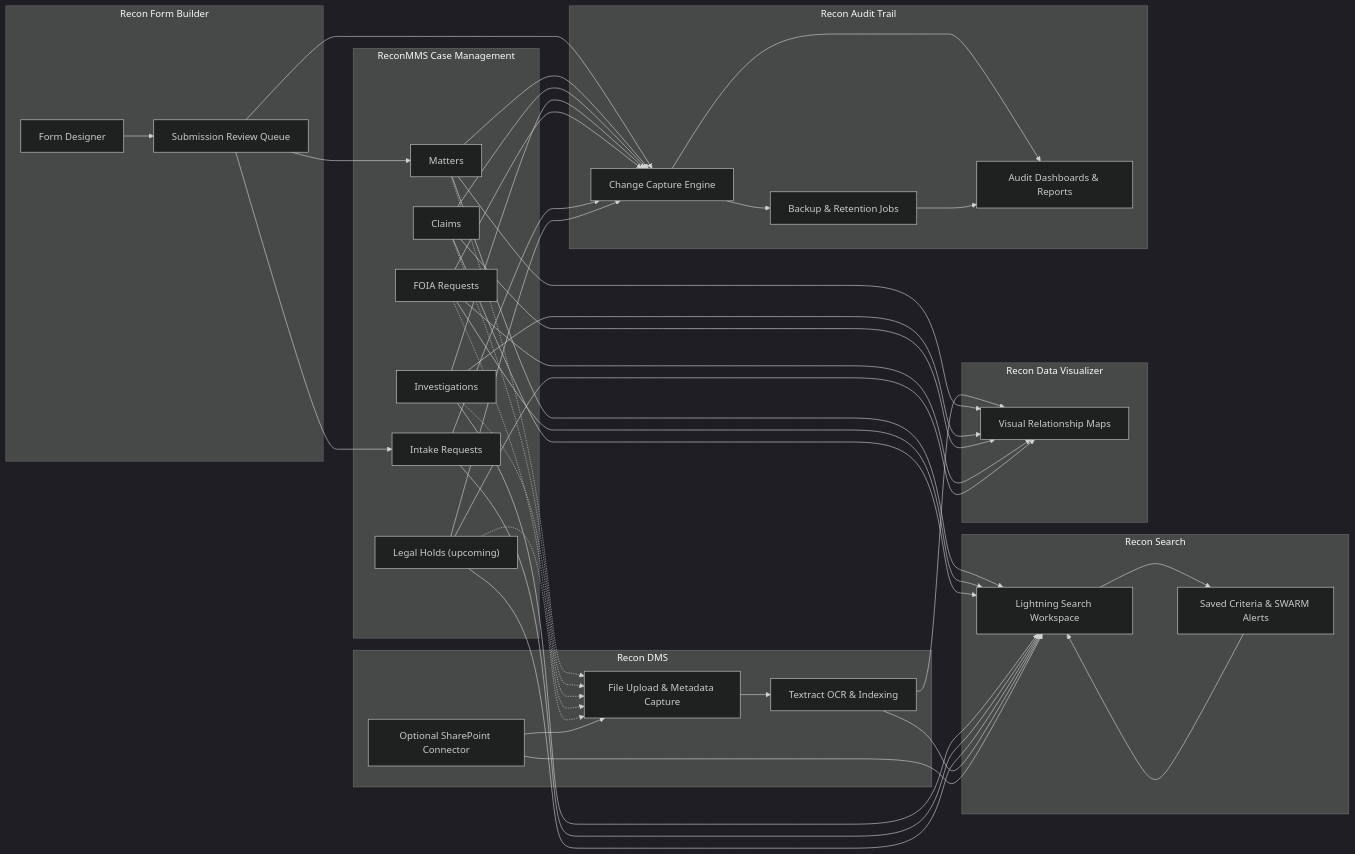
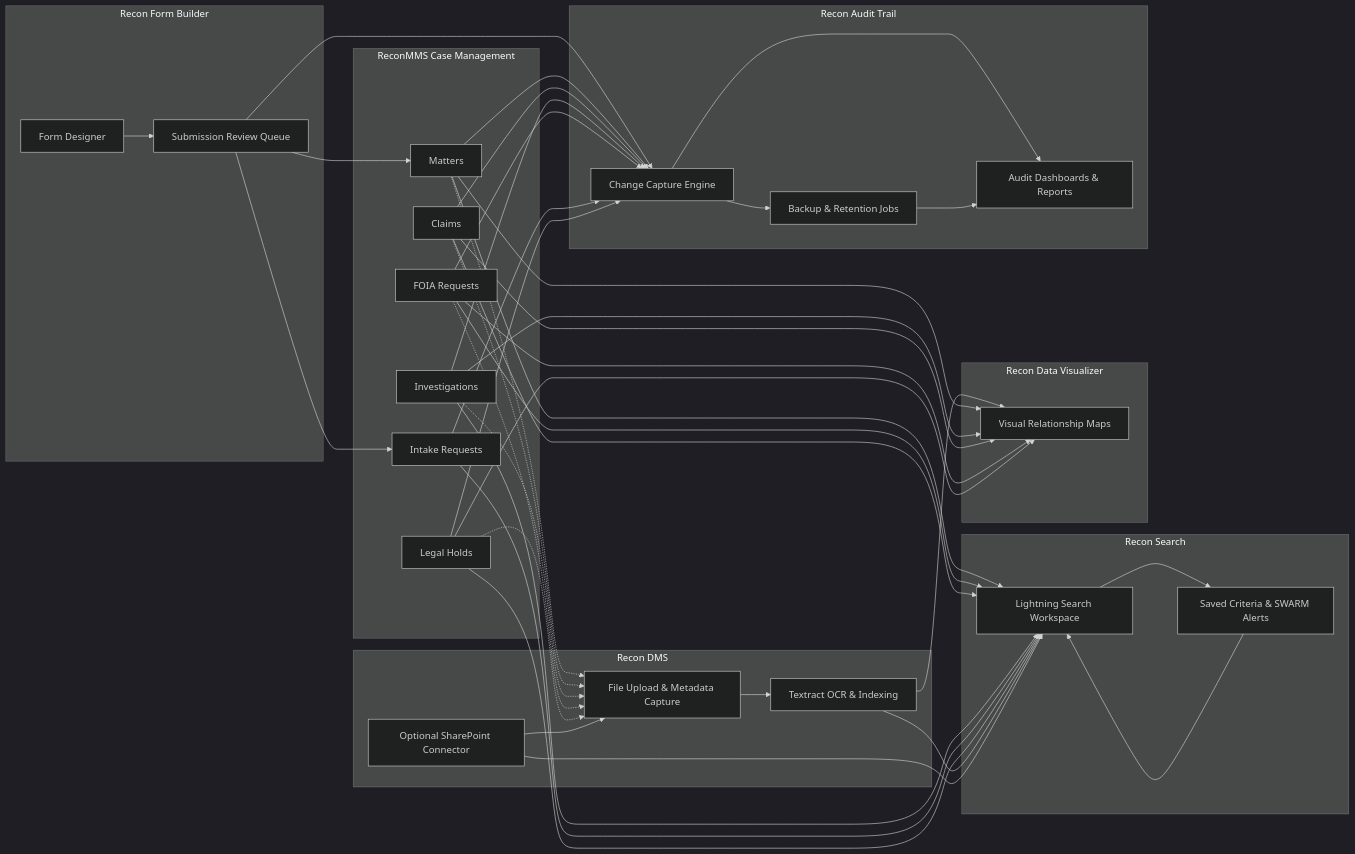
One commit to StaggerLee9/RA-docs changed the diagram in docs/pages/products/architecture.md. Above: the diagram before and after it, drawn with Mermaid (dark theme). The commit also changed other lines of this file and 30 other files, not shown here.

````diff
--- a/docs/pages/products/architecture.md
+++ b/docs/pages/products/architecture.md
@@ -21,81 +21,81 @@
 ```mermaid
 flowchart LR
   subgraph ReconMMS["ReconMMS Case Management"]
     Matters["Matters"]
     FOIA["FOIA Requests"]
     Claims["Claims"]
     Investigations["Investigations"]
     Requests["Intake Requests"]
-    LegalHold["Legal Holds (upcoming)"]
+    LegalHold["Legal Holds"]
   end
 
   subgraph ReconSearch["Recon Search"]
     SearchConsole["Lightning Search Workspace"]
     SavedCriteria["Saved Criteria & SWARM Alerts"]
   end
 
   subgraph ReconDMS["Recon DMS"]
     Upload["File Upload & Metadata Capture"]
     Textract["Textract OCR & Indexing"]
     SharePoint["Optional SharePoint Connector"]
   end
 
   subgraph ReconVisualizer["Recon Data Visualizer"]
     Graphs["Visual Relationship Maps"]
   end
 
   subgraph FormBuilder["Recon Form Builder"]
     Builder["Form Designer"]
     Intake["Submission Review Queue"]
   end
 
   subgraph AuditTrail["Recon Audit Trail"]
     ChangeCapture["Change Capture Engine"]
     Backup["Backup & Retention Jobs"]
     Dashboards["Audit Dashboards & Reports"]
   end
 
   Matters --> SearchConsole
   FOIA --> SearchConsole
   Claims --> SearchConsole
   Investigations --> SearchConsole
   Requests --> SearchConsole
   LegalHold --> SearchConsole
 
   Builder --> Intake
   Intake --> Requests
   Intake --> Matters
   Intake --> ChangeCapture
 
   SearchConsole --> SavedCriteria
   SavedCriteria --> SearchConsole
 
   Matters -.-> Upload
   Claims -.-> Upload
   Investigations -.-> Upload
   FOIA -.-> Upload
   LegalHold -.-> Upload
 
   Upload --> Textract
   Textract --> SearchConsole
   Textract --> Graphs
   SharePoint --> Upload
   SharePoint --> SearchConsole
 
   Matters --> Graphs
   Investigations --> Graphs
   Claims --> Graphs
   FOIA --> Graphs
   LegalHold --> Graphs
 
   Matters --> ChangeCapture
   Claims --> ChangeCapture
   Investigations --> ChangeCapture
   FOIA --> ChangeCapture
   Requests --> ChangeCapture
   LegalHold --> ChangeCapture
 
   ChangeCapture --> Backup
   ChangeCapture --> Dashboards
   Backup --> Dashboards
 ```
````
